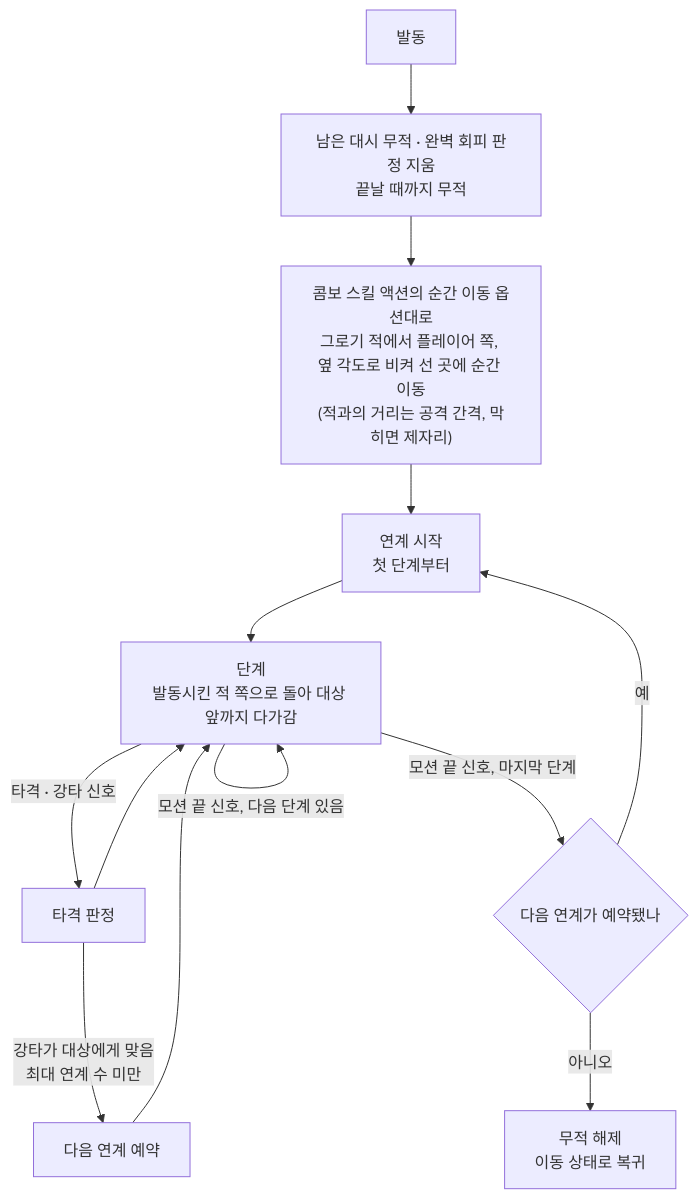
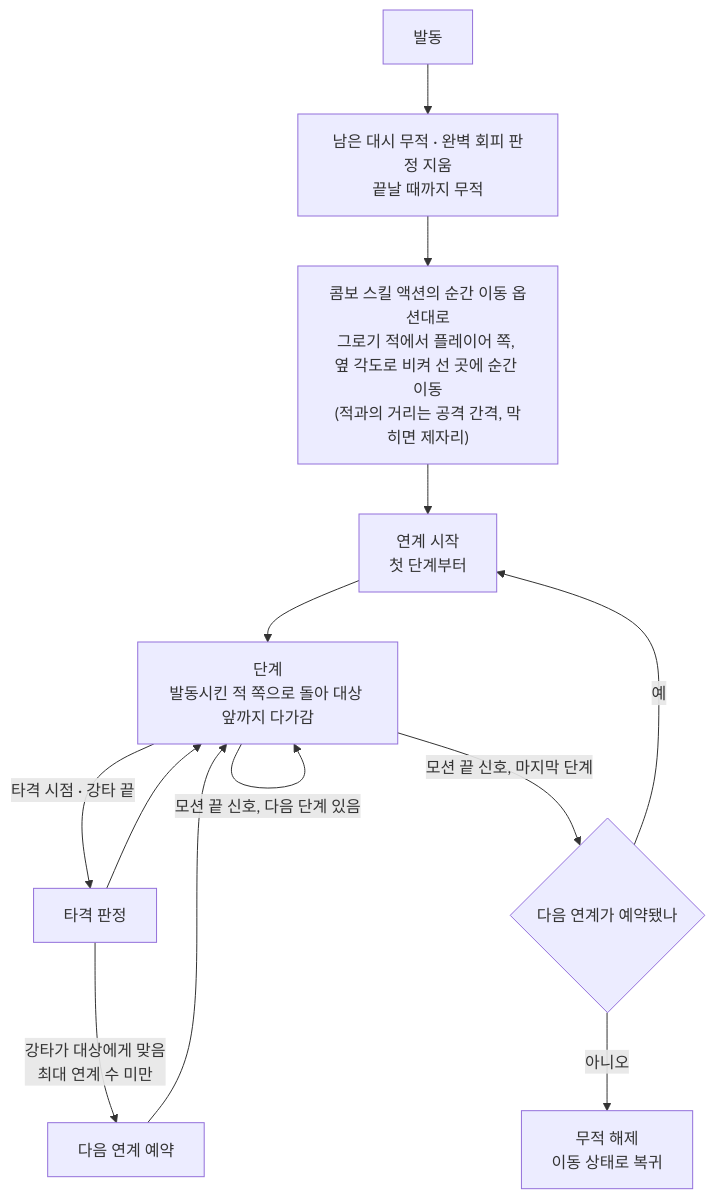
The second of 2 diagrams in Docs/Technical/Player/PlayerComboSkill.md (SquashPrince/Develrocket_mp15_HHH), drawn with Mermaid before and after one commit. The commit also changed other lines of this file and 5 other files, not shown here.

````diff
--- a/Docs/Technical/Player/PlayerComboSkill.md
+++ b/Docs/Technical/Player/PlayerComboSkill.md
@@ -52,15 +52,15 @@
 ```mermaid
 flowchart TD
     S["발동"] --> E["남은 대시 무적 · 완벽 회피 판정 지움<br>끝날 때까지 무적"]
     E --> M["콤보 스킬 액션의 순간 이동 옵션대로<br>그로기 적에서 플레이어 쪽, 옆 각도로 비켜 선 곳에 순간 이동<br>(적과의 거리는 공격 간격, 막히면 제자리)"]
     M --> C["연계 시작<br>첫 단계부터"]
     C --> A["단계<br>발동시킨 적 쪽으로 돌아 대상 앞까지 다가감"]
-    A -->|"타격 · 강타 신호"| H["타격 판정"]
+    A -->|"타격 시점 · 강타 끝"| H["타격 판정"]
     H --> A
     H -->|"강타가 대상에게 맞음<br>최대 연계 수 미만"| Q["다음 연계 예약"]
     Q --> A
     A -->|"모션 끝 신호, 다음 단계 있음"| A
     A -->|"모션 끝 신호, 마지막 단계"| R{"다음 연계가 예약됐나"}
     R -->|"예"| C
     R -->|"아니오"| L["무적 해제<br>이동 상태로 복귀"]
 ```
````
